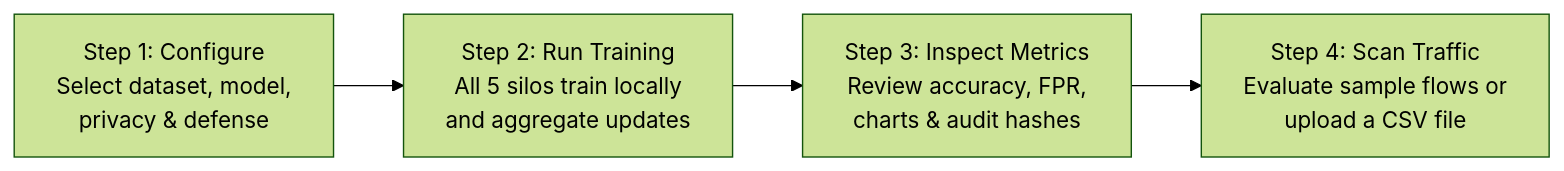
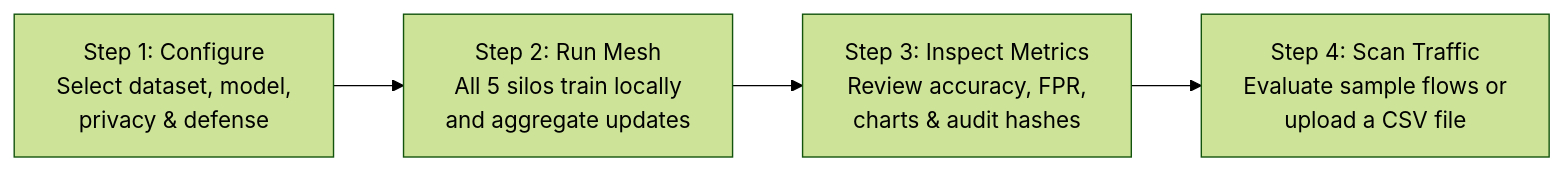
One commit to 0xxay/AEGIS-FL changed the diagram in docs/USER_GUIDE.md. Above: the diagram before and after it, drawn with Mermaid (forest theme). The commit also changed other lines of this file and 25 other files, not shown here.

````diff
--- a/docs/USER_GUIDE.md
+++ b/docs/USER_GUIDE.md
@@ -11,6 +11,6 @@
 ```mermaid
 flowchart LR
-    A["Step 1: Configure\nSelect dataset, model,\nprivacy & defense"] --> B["Step 2: Run Training\nAll 5 silos train locally\nand aggregate updates"]
+    A["Step 1: Configure\nSelect dataset, model,\nprivacy & defense"] --> B["Step 2: Run Mesh\nAll 5 silos train locally\nand aggregate updates"]
     B --> C["Step 3: Inspect Metrics\nReview accuracy, FPR,\ncharts & audit hashes"]
     C --> D["Step 4: Scan Traffic\nEvaluate sample flows or\nupload a CSV file"]
 ```
````
